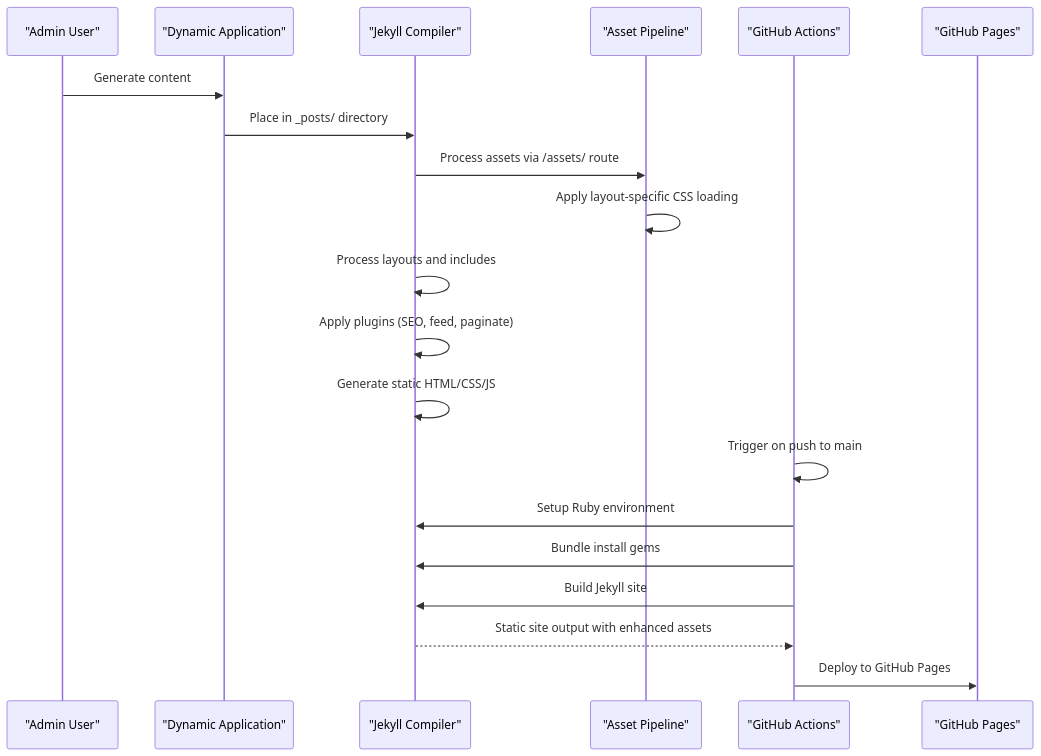
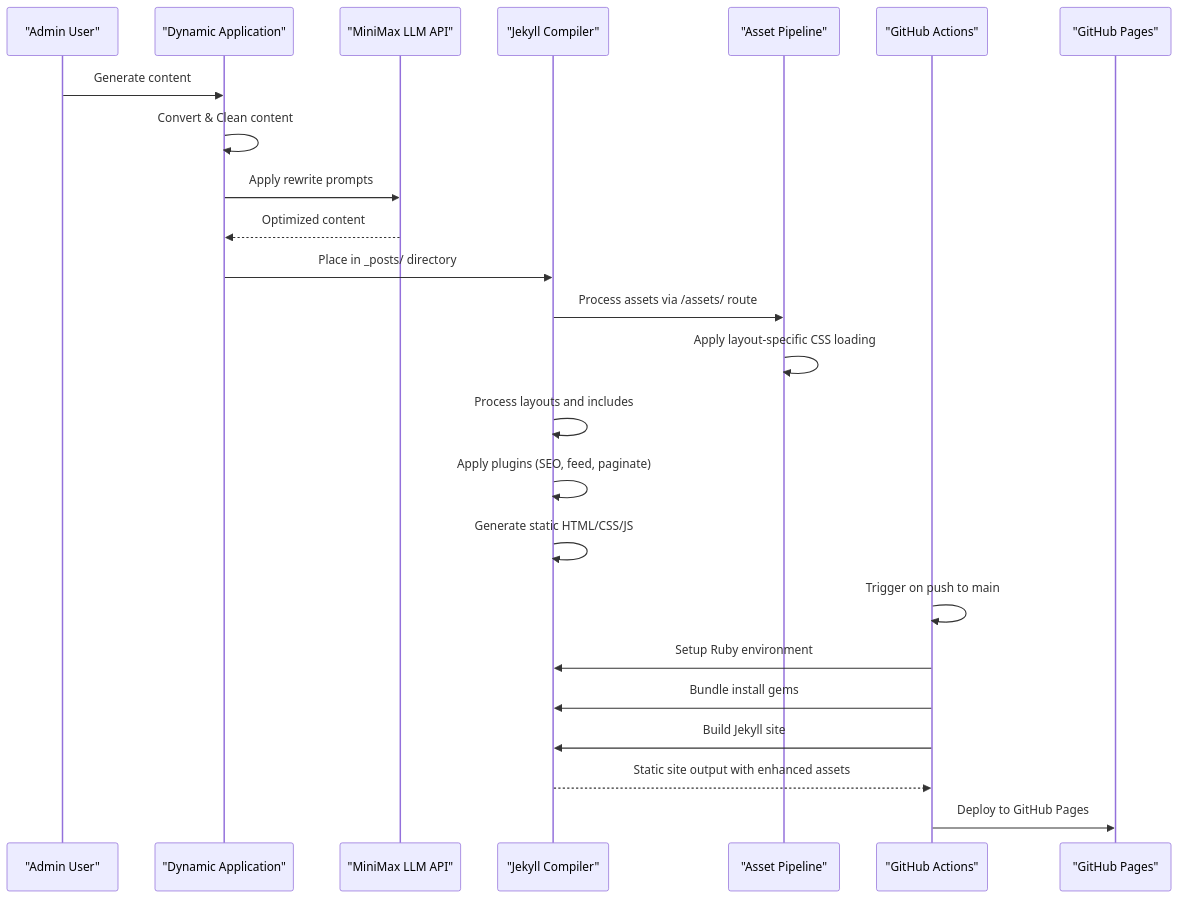
Before and after one commit to PolarisW007/PolaZhenJing: the second of 3 diagrams in .qoder/repowiki/en/content/Static Site Generation.md, drawn with Mermaid. The commit also changed other lines of this file and 7 other files, not shown here.

````diff
--- a/.qoder/repowiki/en/content/Static Site Generation.md
+++ b/.qoder/repowiki/en/content/Static Site Generation.md
@@ -156,22 +191,26 @@
 ```mermaid
 sequenceDiagram
 participant Admin as "Admin User"
 participant App as "Dynamic Application"
+participant LLM as "MiniMax LLM API"
 participant Jekyll as "Jekyll Compiler"
 participant Assets as "Asset Pipeline"
 participant GH as "GitHub Actions"
 participant Pages as "GitHub Pages"
 Admin->>App : Generate content
+App->>App : Convert & Clean content
+App->>LLM : Apply rewrite prompts
+LLM-->>App : Optimized content
 App->>Jekyll : Place in _posts/ directory
 Jekyll->>Assets : Process assets via /assets/ route
 Assets->>Assets : Apply layout-specific CSS loading
 Jekyll->>Jekyll : Process layouts and includes
 Jekyll->>Jekyll : Apply plugins (SEO, feed, paginate)
 Jekyll->>Jekyll : Generate static HTML/CSS/JS
 GH->>GH : Trigger on push to main
 GH->>Jekyll : Setup Ruby environment
 GH->>Jekyll : Bundle install gems
 GH->>Jekyll : Build Jekyll site
 Jekyll-->>GH : Static site output with enhanced assets
 GH->>Pages : Deploy to GitHub Pages
 ```
````
